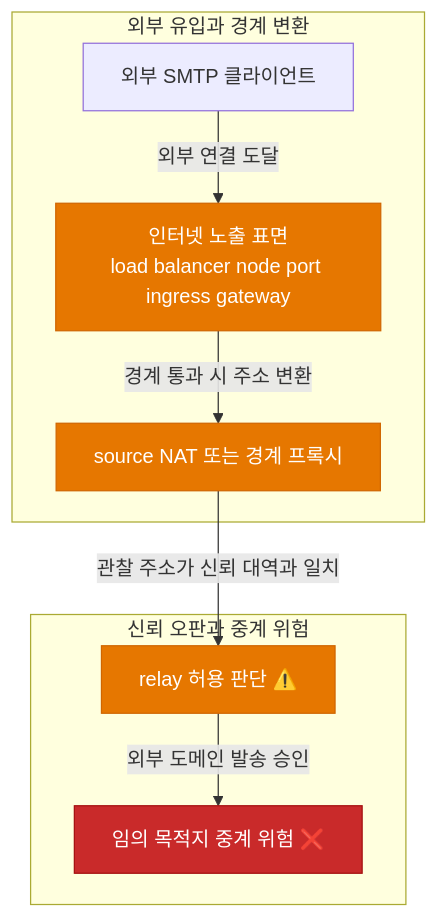
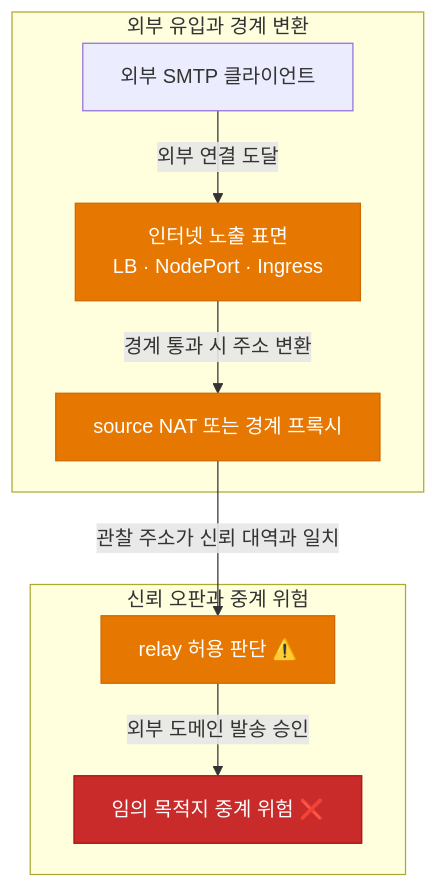
The second of 2 diagrams in blog/kubernetes-alertmanager-postfix-open-relay.md (ibocon/ibocon), drawn with Mermaid before and after one commit. The commit also changed other lines of this file, not shown here.

````diff
--- a/blog/kubernetes-alertmanager-postfix-open-relay.md
+++ b/blog/kubernetes-alertmanager-postfix-open-relay.md
@@ -72,16 +72,16 @@
 ```mermaid
 flowchart TB
     subgraph 외부 유입과 경계 변환
-        A[외부 SMTP 클라이언트] -->|외부 연결 도달| B[인터넷 노출 표면<br/>load balancer node port ingress gateway]
+        A[외부 SMTP 클라이언트] -->|외부 연결 도달| B[인터넷 노출 표면<br/>LB · NodePort · Ingress]
         B -->|경계 통과 시 주소 변환| C[source NAT 또는 경계 프록시]
     end
     subgraph 신뢰 오판과 중계 위험
         C -->|관찰 주소가 신뢰 대역과 일치| D[relay 허용 판단 ⚠️]
         D -->|외부 도메인 발송 승인| E[임의 목적지 중계 위험 ❌]
     end
 
     style B fill:#e67700,stroke:#d06600,color:#fff
     style C fill:#e67700,stroke:#d06600,color:#fff
     style D fill:#e67700,stroke:#d06600,color:#fff
     style E fill:#c92a2a,stroke:#a51111,color:#fff
 ```
````
